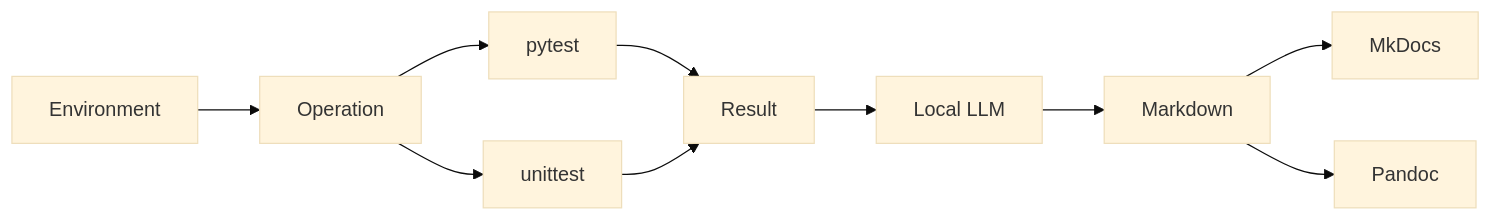
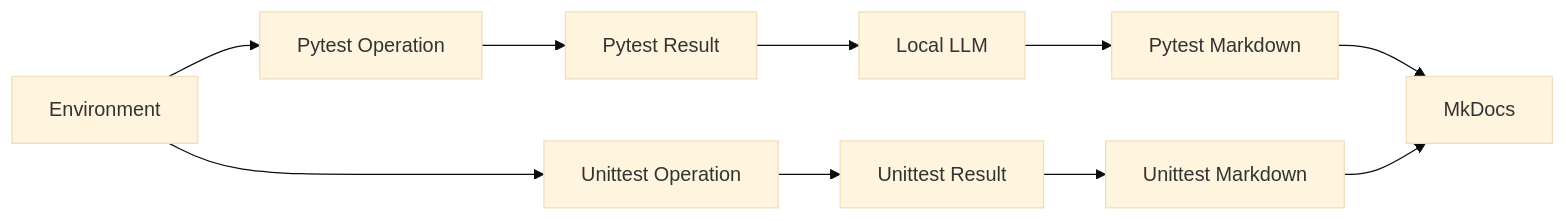
One commit to JeonghunLee/AI-driven-CI-CT changed the diagram in docs/index.md. Above: the diagram before and after it, drawn with Mermaid (base theme). The commit also changed other lines of this file and 6 other files, not shown here.

Commit message:
refactor: Update documentation structure for pytest and unittest operations, removing outdated operation document and adding new operation files

````diff
--- a/docs/index.md
+++ b/docs/index.md
@@ -17,12 +18,12 @@
 ```mermaid
 flowchart LR
-    A[Environment] --> B[Operation]
-    B --> C[pytest]
-    B --> D[unittest]
-    C --> E[Result]
-    D --> E
-    E --> F[Local LLM]
-    F --> G[Markdown]
-    G --> H[MkDocs]
-    G --> I[Pandoc]
+    A[Environment] --> B[Pytest Operation]
+    A --> C[Unittest Operation]
+    B --> D[Pytest Result]
+    C --> E[Unittest Result]
+    D --> F[Local LLM]
+    F --> G[Pytest Markdown]
+    E --> H[Unittest Markdown]
+    G --> I[MkDocs]
+    H --> I
 ```
````
